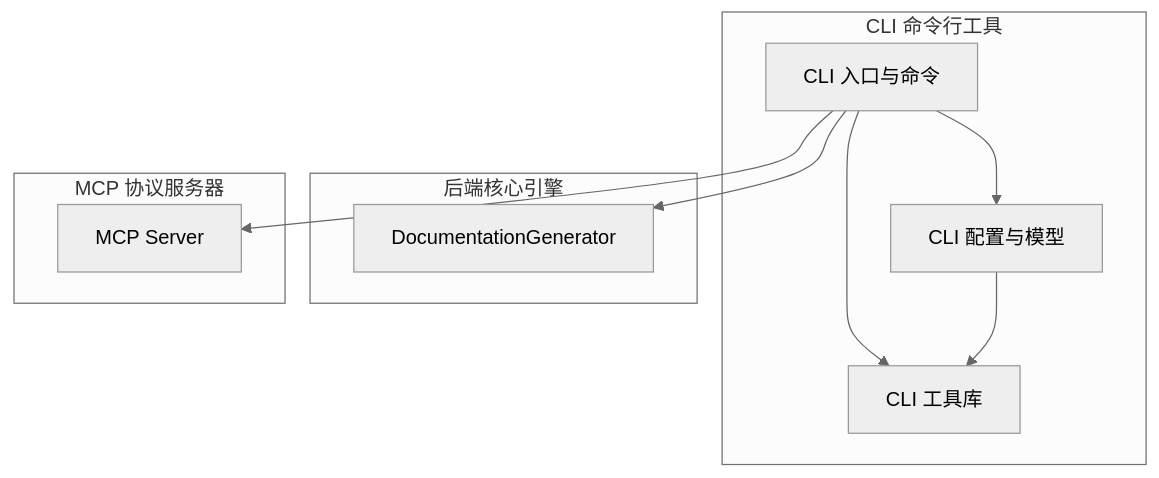
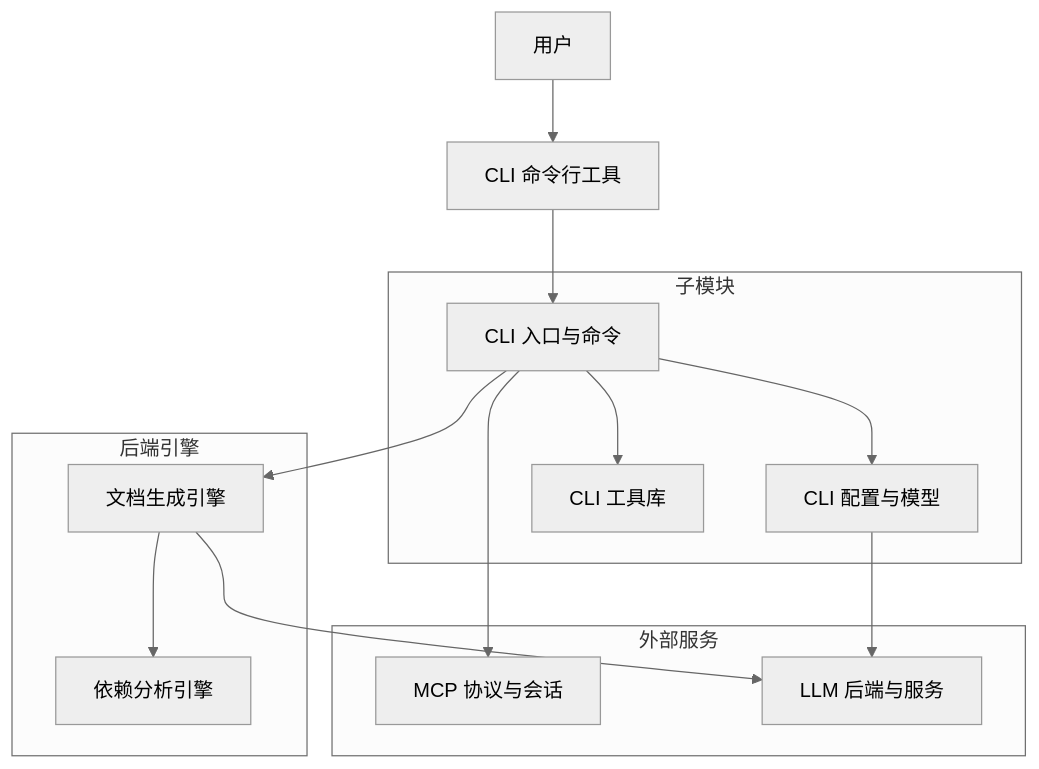
One commit to mambo-wang/CodeWiki-CN changed the first of 2 diagrams in repowiki/CLI 命令行工具.md. Above: the diagram before and after it, drawn with Mermaid (neutral theme). The commit also changed other lines of this file and 19 other files, not shown here.

````diff
--- a/repowiki/CLI 命令行工具.md
+++ b/repowiki/CLI 命令行工具.md
@@ -11,22 +18,25 @@
 ```mermaid
 graph TD
-    subgraph CLI["CLI 命令行工具"]
-        Entry["CLI 入口与命令"]
-        ConfigModel["CLI 配置与模型"]
-        Tools["CLI 工具库"]
+    User[用户] --> CLI[CLI 命令行工具]
+    subgraph SubModules[子模块]
+        A[CLI 入口与命令]
+        B[CLI 配置与模型]
+        C[CLI 工具库]
     end
-
-    subgraph Backend["后端核心引擎"]
-        DocGen["DocumentationGenerator"]
+    subgraph Backend[后端引擎]
+        D[文档生成引擎]
+        E[依赖分析引擎]
     end
-
-    subgraph MCP["MCP 协议服务器"]
-        MCPServer["MCP Server"]
+    subgraph External[外部服务]
+        F[MCP 协议与会话]
+        G[LLM 后端与服务]
     end
-
-    Entry --> ConfigModel
-    Entry --> Tools
-    Entry --> DocGen
-    Entry --> MCPServer
-    ConfigModel --> Tools
+    CLI --> A
+    A --> B
+    A --> C
+    A --> D
+    D --> E
+    A --> F
+    D --> G
+    B --> G
 ```
````
